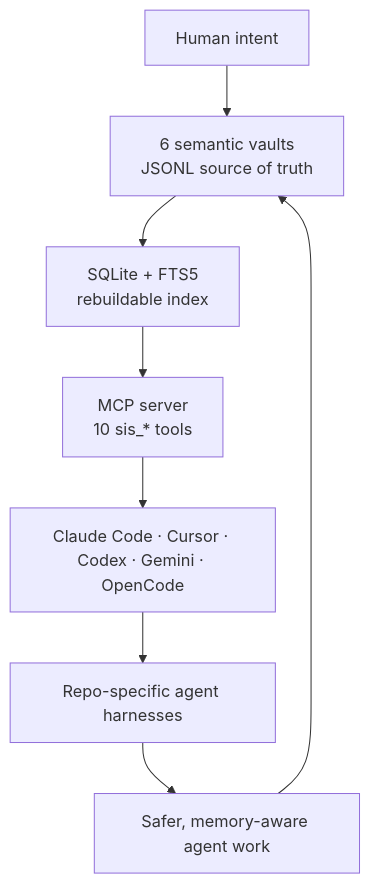
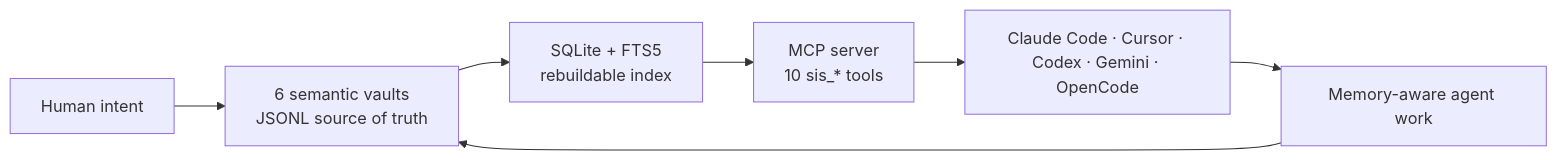
The diagram in README.md (frankxai/Starlight-Intelligence-System), drawn with Mermaid before and after one commit. The commit also changed other lines of this file and 8 other files, not shown here.

````diff
--- a/README.md
+++ b/README.md
@@ -81,18 +155,11 @@
 ```mermaid
-flowchart TB
+flowchart LR
   Human["Human intent"]
   Vaults["6 semantic vaults<br/>JSONL source of truth"]
   Index["SQLite + FTS5<br/>rebuildable index"]
   MCP["MCP server<br/>10 sis_* tools"]
-  Adapters["Claude Code · Cursor · Codex · Gemini · OpenCode"]
-  Repos["Repo-specific agent harnesses"]
-  Output["Safer, memory-aware agent work"]
+  Agents["Claude Code · Cursor · Codex · Gemini · OpenCode"]
+  Output["Memory-aware agent work"]
 
-  Human --> Vaults
-  Vaults --> Index
-  Index --> MCP
-  MCP --> Adapters
-  Adapters --> Repos
-  Repos --> Output
-  Output --> Vaults
+  Human --> Vaults --> Index --> MCP --> Agents --> Output --> Vaults
 ```
````
